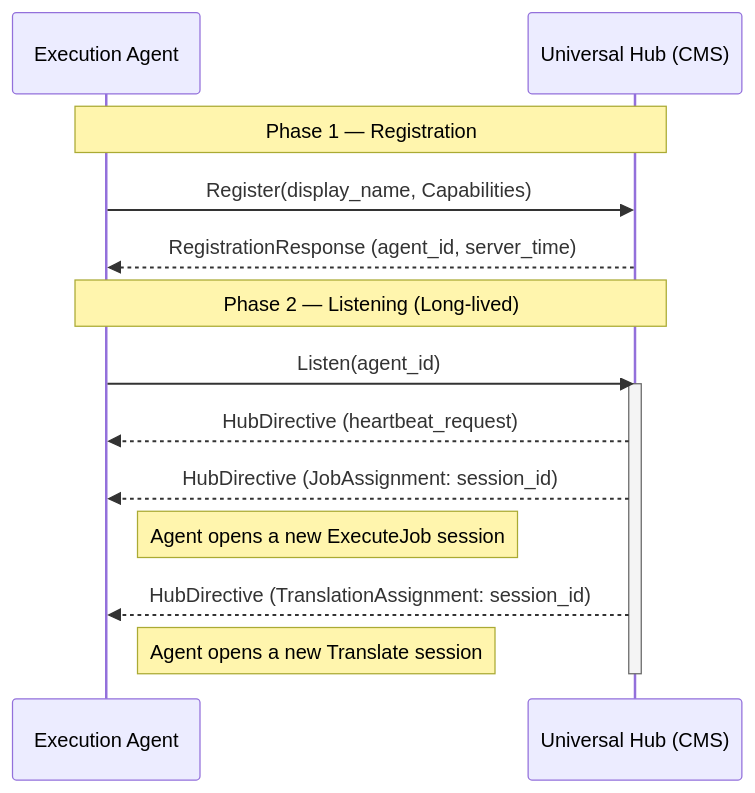
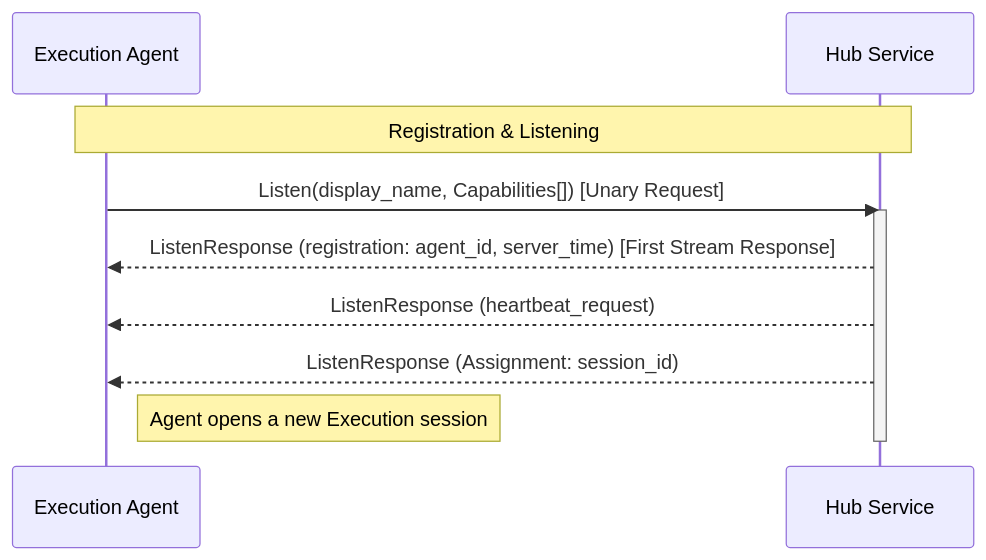
One commit to HSGamer/TestGenesis changed the first of 2 diagrams in specification/PROTOCOL.md. Above: the diagram before and after it, drawn with Mermaid. The commit also changed other lines of this file and 8 other files, not shown here.

````diff
--- a/specification/PROTOCOL.md
+++ b/specification/PROTOCOL.md
@@ -22,19 +24,14 @@
 ```mermaid
 sequenceDiagram
     participant A as Execution Agent
-    participant H as Universal Hub (CMS)
+    participant H as Hub Service
 
-    Note over A,H: Phase 1 — Registration
-    A->>H: Register(display_name, Capabilities)
-    H-->>A: RegistrationResponse (agent_id, server_time)
-
-    Note over A,H: Phase 2 — Listening (Long-lived)
-    A->>H: Listen(agent_id)
+    Note over A,H: Registration & Listening
+    A->>H: Listen(display_name, Capabilities[]) [Unary Request]
     activate H
-    H-->>A: HubDirective (heartbeat_request)
-    H-->>A: HubDirective (JobAssignment: session_id)
-    Note right of A: Agent opens a new ExecuteJob session
-    H-->>A: HubDirective (TranslationAssignment: session_id)
-    Note right of A: Agent opens a new Translate session
+    H-->>A: ListenResponse (registration: agent_id, server_time) [First Stream Response]
+    H-->>A: ListenResponse (heartbeat_request)
+    H-->>A: ListenResponse (Assignment: session_id)
+    Note right of A: Agent opens a new Execution session
     deactivate H
 ```
````
